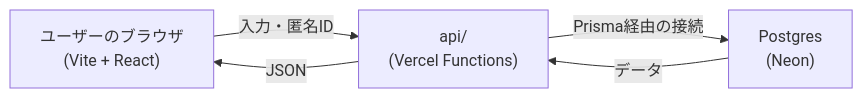
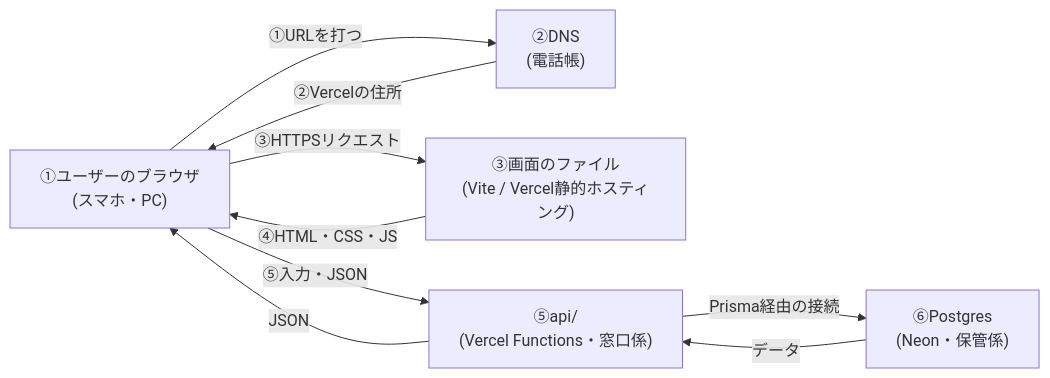
The diagram in README.md (udakoichiro1117/help-koumuin), drawn with Mermaid before and after one commit. The commit also changed other lines of this file, not shown here.

Commit message:
Add DNS and static file serving steps to architecture diagram

````diff
--- a/README.md
+++ b/README.md
@@ -40,11 +40,17 @@
 ```mermaid
 graph LR
-    Browser["ユーザーのブラウザ<br/>(Vite + React)"]
-    API["api/<br/>(Vercel Functions)"]
-    DB["Postgres<br/>(Neon)"]
+    Browser["①ユーザーのブラウザ<br/>(スマホ・PC)"]
+    DNS["②DNS<br/>(電話帳)"]
+    Screen["③画面のファイル<br/>(Vite / Vercel静的ホスティング)"]
+    API["⑤api/<br/>(Vercel Functions・窓口係)"]
+    DB["⑥Postgres<br/>(Neon・保管係)"]
 
-    Browser -->|入力・匿名ID| API
+    Browser -->|①URLを打つ| DNS
+    DNS -->|②Vercelの住所| Browser
+    Browser -->|③HTTPSリクエスト| Screen
+    Screen -->|④HTML・CSS・JS| Browser
+    Browser -->|⑤入力・JSON| API
     API -->|JSON| Browser
     API -->|Prisma経由の接続| DB
     DB -->|データ| API
 ```
````
